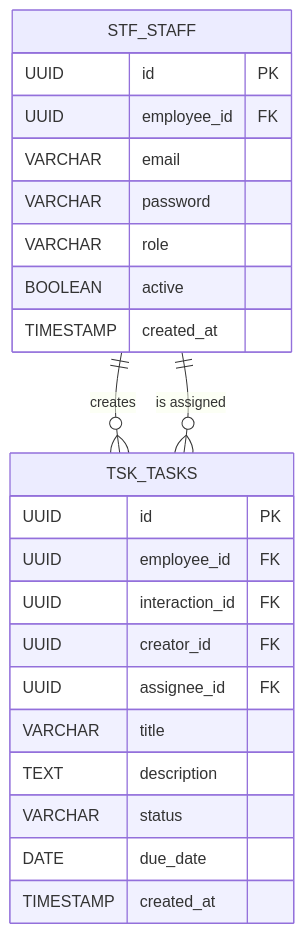
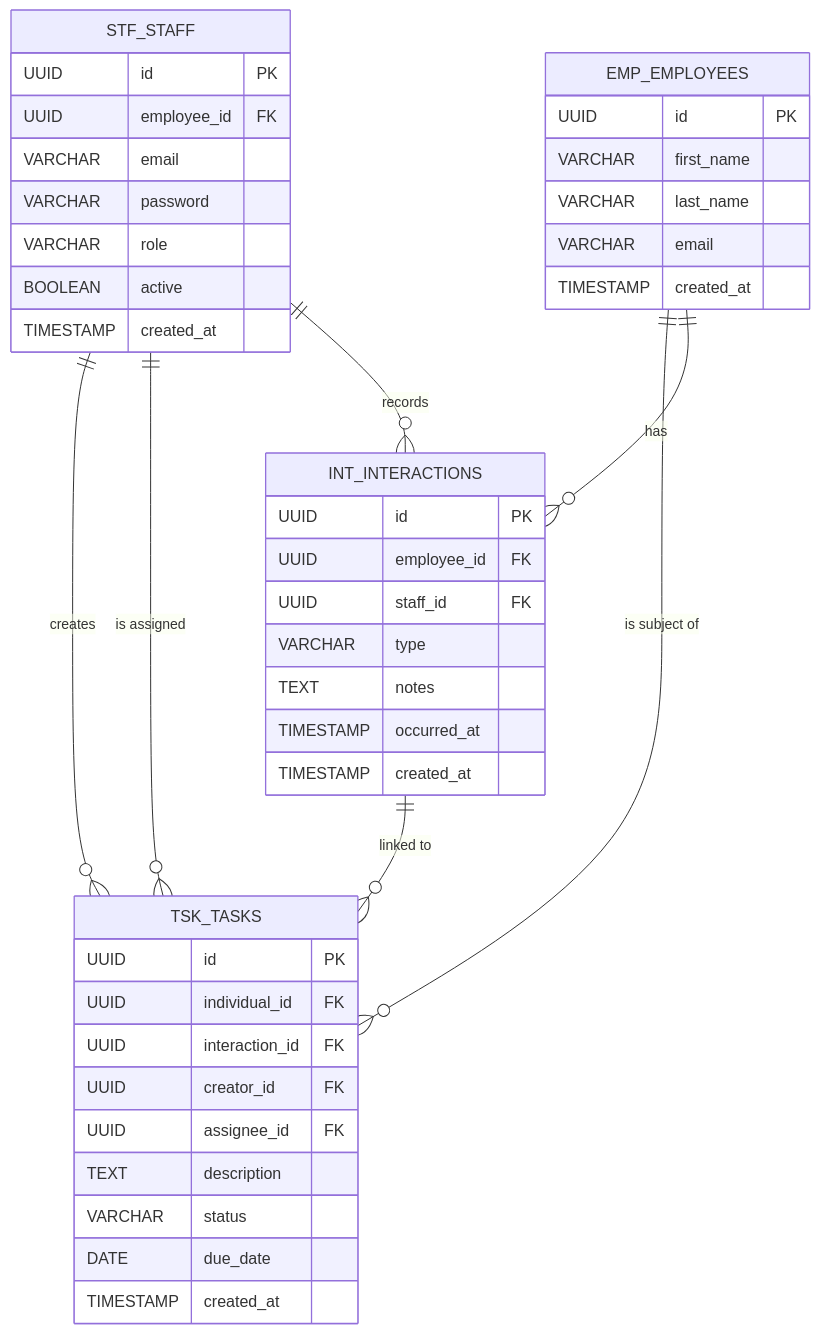
One commit to Liam-Maro/Staff-Engagement-POC changed the fourth of 4 diagrams in .kiro/specs/staff-task-assignment/design.md. Above: the diagram before and after it, drawn with Mermaid. The commit also changed other lines of this file and 64 other files, not shown here.

````diff
--- a/.kiro/specs/staff-task-assignment/design.md
+++ b/.kiro/specs/staff-task-assignment/design.md
@@ -252,28 +632,49 @@
 ```mermaid
 erDiagram
     STF_STAFF {
         UUID id PK
         UUID employee_id FK
         VARCHAR email
         VARCHAR password
         VARCHAR role
         BOOLEAN active
         TIMESTAMP created_at
     }
 
+    EMP_EMPLOYEES {
+        UUID id PK
+        VARCHAR first_name
+        VARCHAR last_name
+        VARCHAR email
+        TIMESTAMP created_at
+    }
+
+    INT_INTERACTIONS {
+        UUID id PK
+        UUID employee_id FK
+        UUID staff_id FK
+        VARCHAR type
+        TEXT notes
+        TIMESTAMP occurred_at
+        TIMESTAMP created_at
+    }
+
     TSK_TASKS {
         UUID id PK
-        UUID employee_id FK
+        UUID individual_id FK
         UUID interaction_id FK
         UUID creator_id FK
         UUID assignee_id FK
-        VARCHAR title
         TEXT description
         VARCHAR status
         DATE due_date
         TIMESTAMP created_at
     }
 
     STF_STAFF ||--o{ TSK_TASKS : "creates"
     STF_STAFF ||--o{ TSK_TASKS : "is assigned"
+    EMP_EMPLOYEES ||--o{ TSK_TASKS : "is subject of"
+    INT_INTERACTIONS ||--o{ TSK_TASKS : "linked to"
+    EMP_EMPLOYEES ||--o{ INT_INTERACTIONS : "has"
+    STF_STAFF ||--o{ INT_INTERACTIONS : "records"
 ```
````
